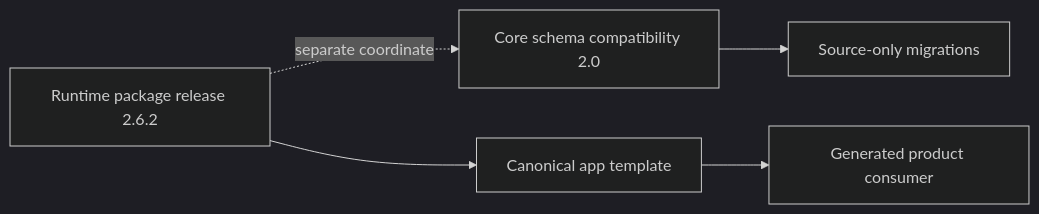
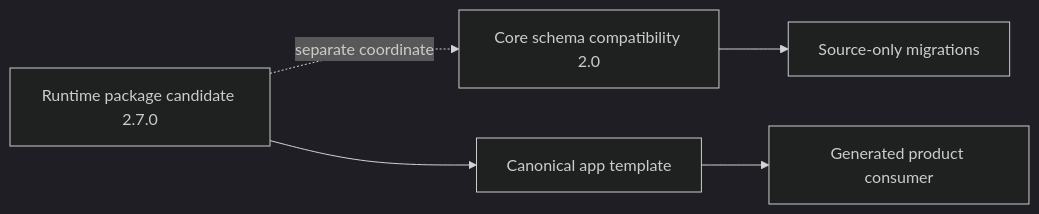
One commit to SapienXai/saas-core changed the first of 2 diagrams in docs/START-HERE.md. Above: the diagram before and after it, drawn with Mermaid (dark theme). The commit also changed other lines of this file and 105 other files, not shown here.

````diff
--- a/docs/START-HERE.md
+++ b/docs/START-HERE.md
@@ -17,7 +14,7 @@
 ```mermaid
 flowchart LR
-  Release[Runtime package release 2.6.2] -. separate coordinate .-> Schema[Core schema compatibility 2.0]
+  Release[Runtime package candidate 2.7.0] -. separate coordinate .-> Schema[Core schema compatibility 2.0]
   Schema --> Source[Source-only migrations]
   Release --> Template[Canonical app template]
   Template --> Consumer[Generated product consumer]
 ```
````
